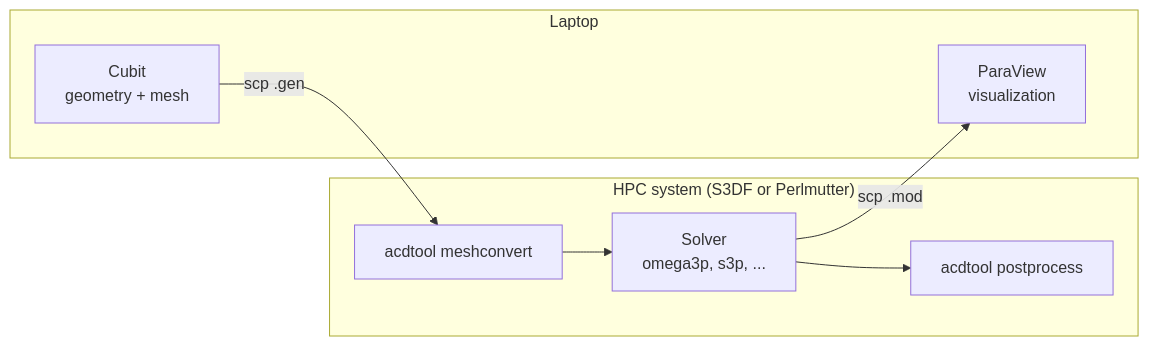
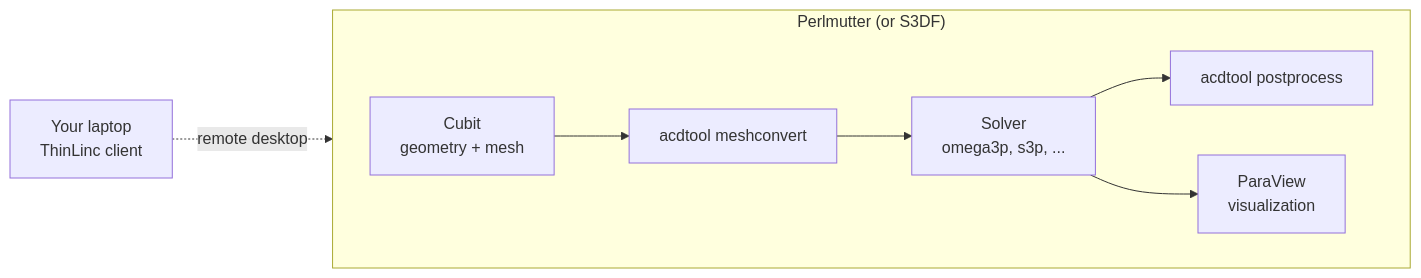
Before and after one commit to slaclab/ace3p-docs: the diagram in docs/getting-started/index.md, drawn with Mermaid. The commit also changed other lines of this file and 11 other files, not shown here.

````diff
--- a/docs/getting-started/index.md
+++ b/docs/getting-started/index.md
@@ -5,14 +8,9 @@
 ```mermaid
 flowchart LR
-    subgraph Laptop
-        A[Cubit<br/>geometry + mesh] 
-        E[ParaView<br/>visualization]
+    subgraph HPC["Perlmutter (or S3DF)"]
+        direction LR
+        A[Cubit<br/>geometry + mesh] --> B[acdtool meshconvert] --> C[Solver<br/>omega3p, s3p, ...] --> D[acdtool postprocess]
+        C --> E[ParaView<br/>visualization]
     end
-    subgraph HPC["HPC system (S3DF or Perlmutter)"]
-        B[acdtool meshconvert]
-        C[Solver<br/>omega3p, s3p, ...]
-        D[acdtool postprocess]
-    end
-    A -- "scp .gen" --> B --> C --> D
-    C -- "scp .mod" --> E
+    L[Your laptop<br/>ThinLinc client] -. remote desktop .-> HPC
 ```
````
